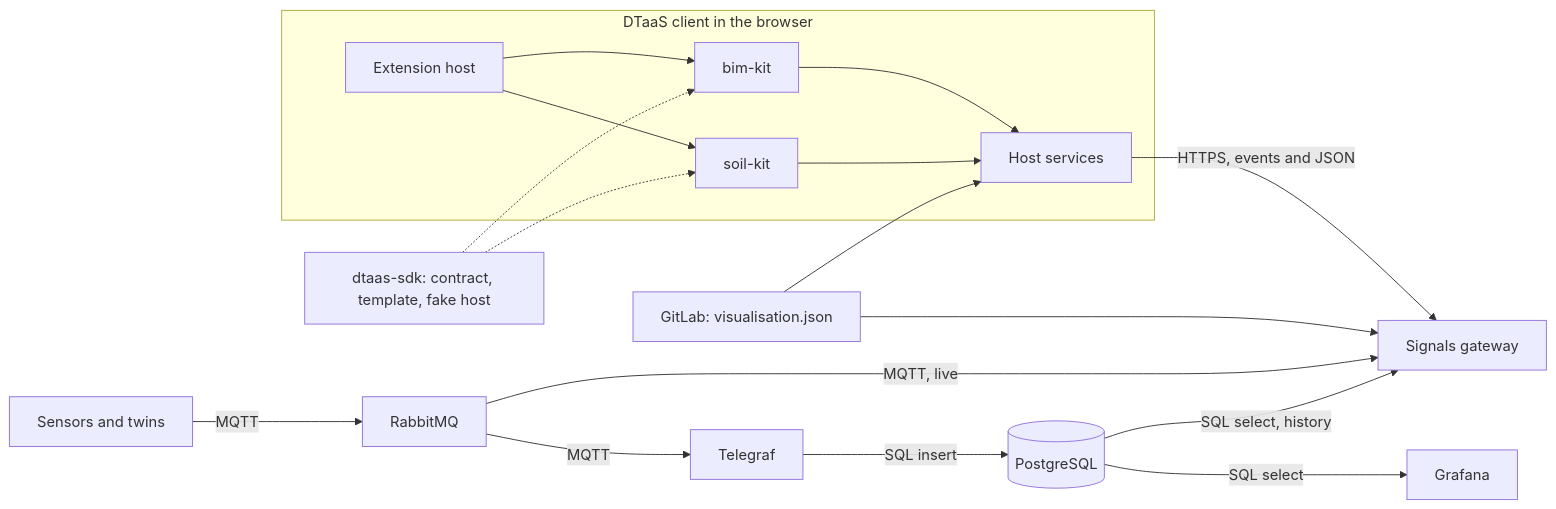
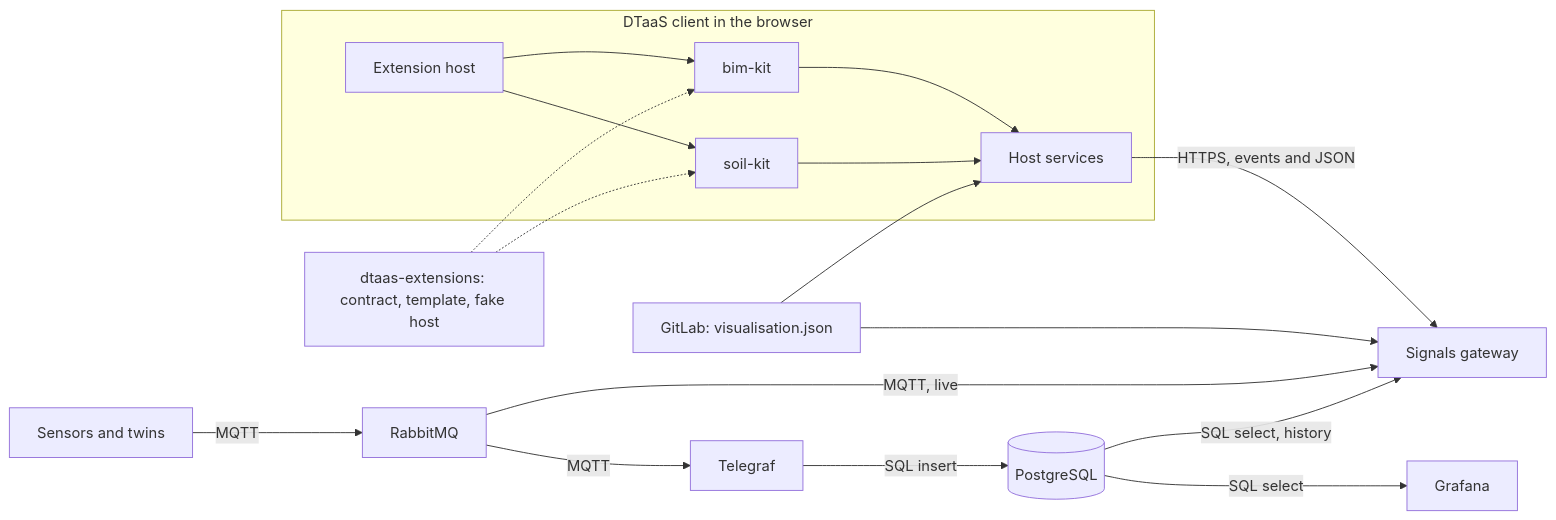
Before and after one commit to INTO-CPS-Association/DTaaS: the diagram in docs/developer/plans/domain-kits.md, drawn with Mermaid. The commit also changed other lines of this file and 1 other file, not shown here.

````diff
--- a/docs/developer/plans/domain-kits.md
+++ b/docs/developer/plans/domain-kits.md
@@ -14,20 +14,20 @@
 ```mermaid
 flowchart LR
   subgraph Client[DTaaS client in the browser]
     H[Extension host] --> B[bim-kit]
     H --> K[soil-kit]
     B --> HS[Host services]
     K --> HS
   end
-  SDK[dtaas-sdk: contract, template, fake host] -.-> B
+  SDK[dtaas-extensions: contract, template, fake host] -.-> B
   SDK -.-> K
   S[Sensors and twins] -->|MQTT| R[RabbitMQ]
   R -->|MQTT, live| G[Signals gateway]
   R -->|MQTT| T[Telegraf]
   T -->|SQL insert| P[(PostgreSQL)]
   P -->|SQL select, history| G
   HS -->|HTTPS, events and JSON| G
   L[GitLab: visualisation.json] --> G
   L --> HS
   P -->|SQL select| D[Grafana]
 ```
````
